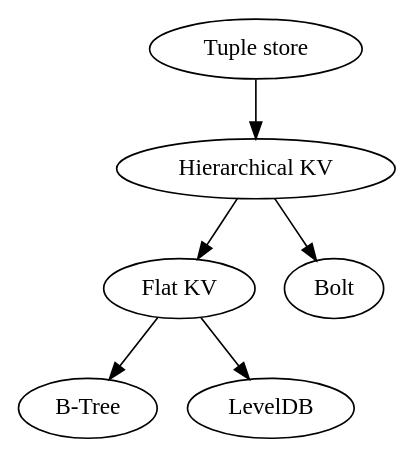
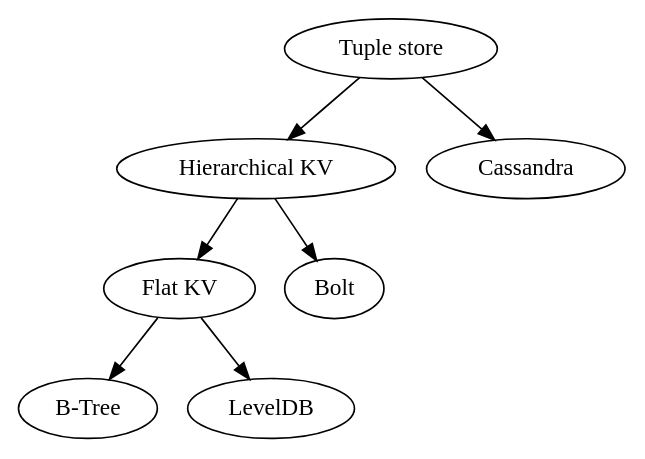
One commit to hidal-go/hidalgo changed the diagram in db-hierarchy.gv. Above: the diagram before and after it, drawn with Graphviz. The commit also changed 5 other files, not shown here.

```diff
--- a/db-hierarchy.gv
+++ b/db-hierarchy.gv
@@ -1,15 +1,37 @@
 digraph DBs {
     btree [label="B-Tree"]
     leveldb [label="LevelDB"]
     flat_kv [label="Flat KV" URL="./docs/kv-flat.md"]
     flat_kv -> btree
     flat_kv -> leveldb
 
     hie_kv [label="Hierarchical KV" URL="./docs/kv-hierarchical.md"]
     bolt [label="Bolt"]
     hie_kv -> bolt
     hie_kv -> flat_kv
 
     strict_tuple [label="Tuple store" URL="./docs/tuple-strict.md"]
+    cassandra [label="Cassandra"]
+    // elastic [label="ElasticSearch"]
+    // gae_datastore [label="Google\nDatastore"]
     strict_tuple -> hie_kv
+    strict_tuple -> cassandra
+    // strict_tuple -> elastic
+    // strict_tuple -> gae_datastore
+
+    // strict_tuple -> sql_pk
+    // sql_pk [label="SQL\n(PK only)"]
+    // postgres [label="PostgreSQL"]
+    // mysql [label="MySQL"]
+    // cockroach [label="CockroachDB"]
+    // sql_pk -> postgres
+    // sql_pk -> mysql
+    // sql_pk -> cockroach
+
+    // strict_tuple -> schema_less_tuple
+    // schema_less_tuple  [label="Schema-less\ntuple store"]
+    // mongo [label="MongoDB"]
+    // couch [label="CouchDB"]
+    // schema_less_tuple -> mongo
+    // schema_less_tuple -> couch
 }
```
